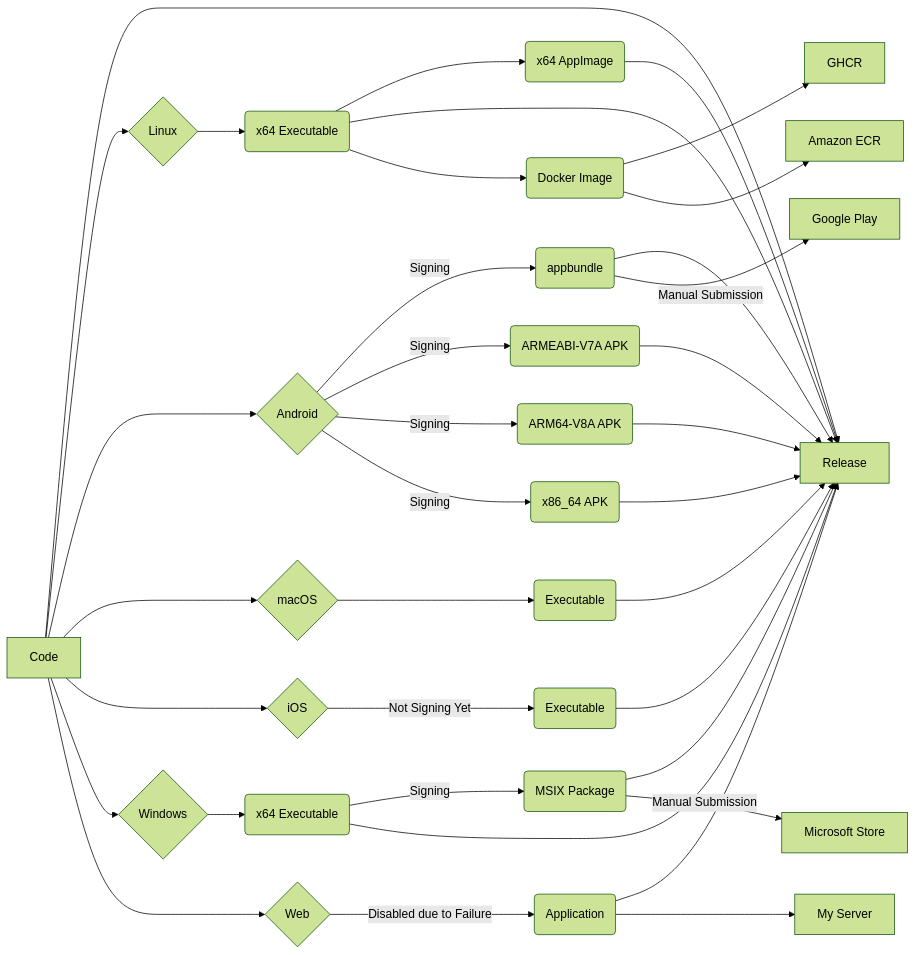
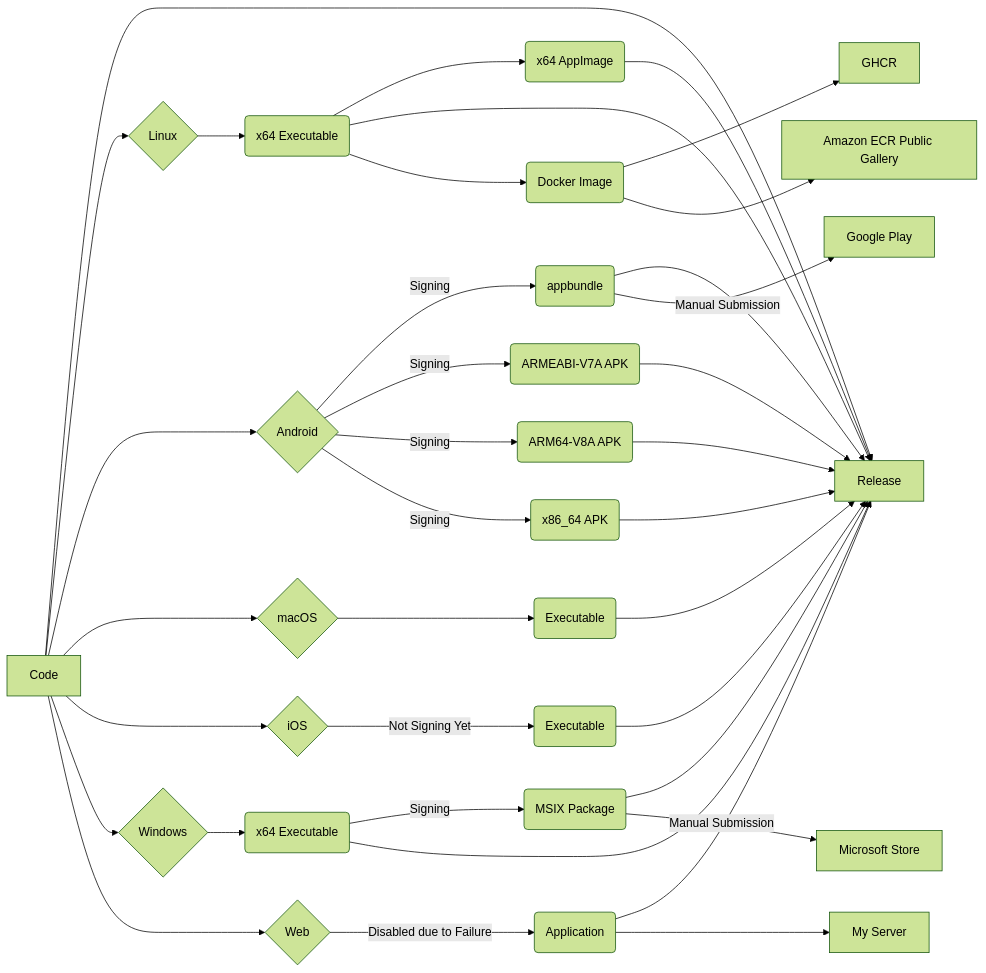
The diagram in README.md (bitscoper/bitscoper_cyberkit), drawn with Mermaid (forest theme) before and after one commit. The commit also changed other lines of this file and 21 other files, not shown here.

````diff
--- a/README.md
+++ b/README.md
@@ -47,45 +47,45 @@
 ```mermaid
 flowchart LR
 
 Code --> Release[Release]
 
 Code[Code] --> Linux{Linux}
 Linux --> Linux_x64_Executable(x64 Executable)
 Linux_x64_Executable --> Linux_x64_AppImage(x64 AppImage)
 Linux_x64_Executable --> Release[Release]
 Linux_x64_AppImage --> Release[Release]
 Linux_x64_Executable --> Linux_Docker_Image(Docker Image)
 Linux_Docker_Image --> GHCR[GHCR]
-Linux_Docker_Image --> Amazon_ECR[Amazon ECR]
+Linux_Docker_Image --> Amazon_ECR_Public_Gallery[Amazon ECR Public Gallery]
 
 Code --> Android{Android}
 Android --> |Signing| Android_appbundle(appbundle)
 Android --> |Signing| Android_ARMEABI_V7A_APK(ARMEABI-V7A APK)
 Android --> |Signing| Android_ARM64_V8A_APK(ARM64-V8A APK)
 Android --> |Signing| Android_x86_64_APK(x86_64 APK)
 Android_appbundle --> Release[Release]
 Android_x86_64_APK --> Release[Release]
 Android_ARM64_V8A_APK --> Release[Release]
 Android_ARMEABI_V7A_APK --> Release[Release]
 Android_appbundle --> |Manual Submission| Google_Play[Google Play]
 
 Code --> macOS{macOS}
 macOS --> macOS_Executable(Executable)
 macOS_Executable --> Release[Release]
 
 Code --> iOS{iOS}
 iOS --> |Not Signing Yet| iOS_Executable(Executable)
 iOS_Executable --> Release[Release]
 
 Code --> Windows{Windows}
 Windows --> Windows_x64_Executable(x64 Executable)
 Windows_x64_Executable --> |Signing| Windows_x64_MSIX_Package(MSIX Package)
 Windows_x64_Executable --> Release[Release]
 Windows_x64_MSIX_Package --> Release[Release]
 Windows_x64_MSIX_Package --> |Manual Submission| Microsoft_Store[Microsoft Store]
 
 Code --> Web{Web}
 Web --> |Disabled due to Failure| Web_Application(Application)
 Web_Application --> Release[Release]
 Web_Application --> My_Server[My Server]
 ```
````
